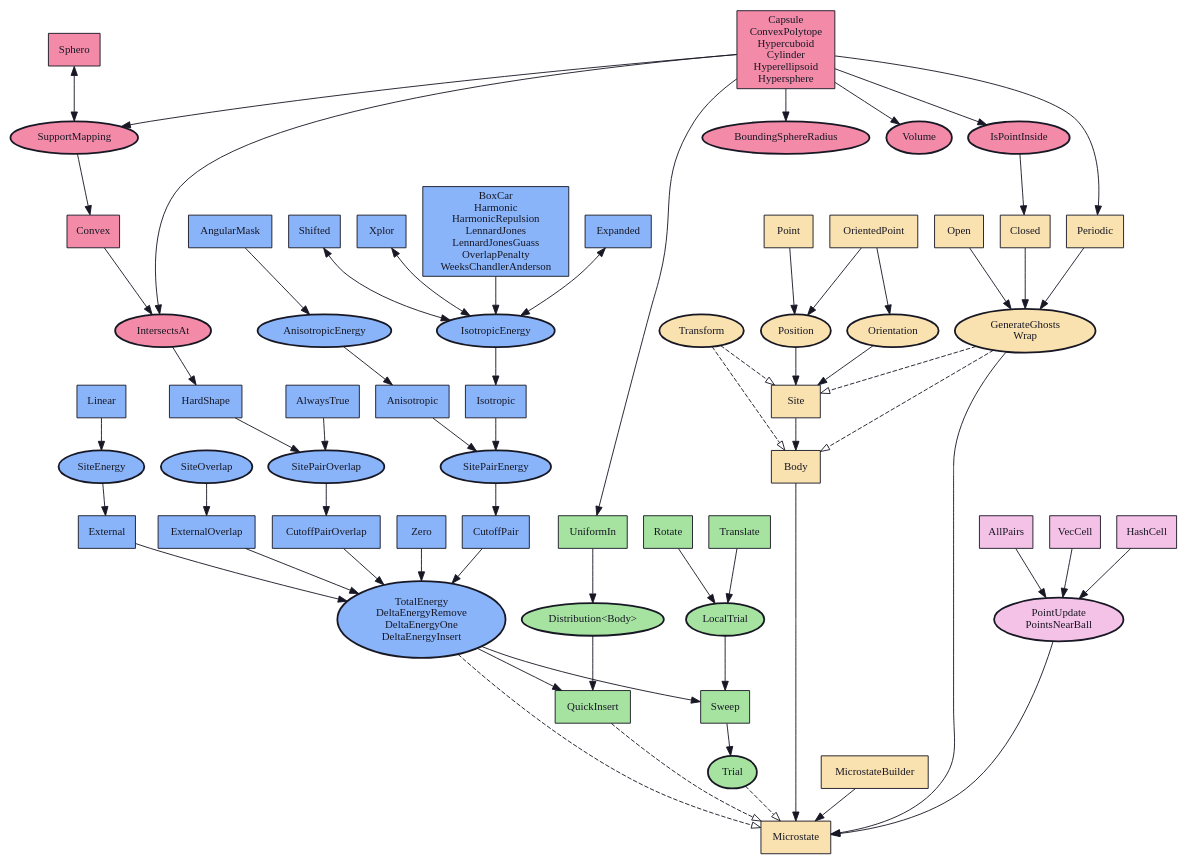
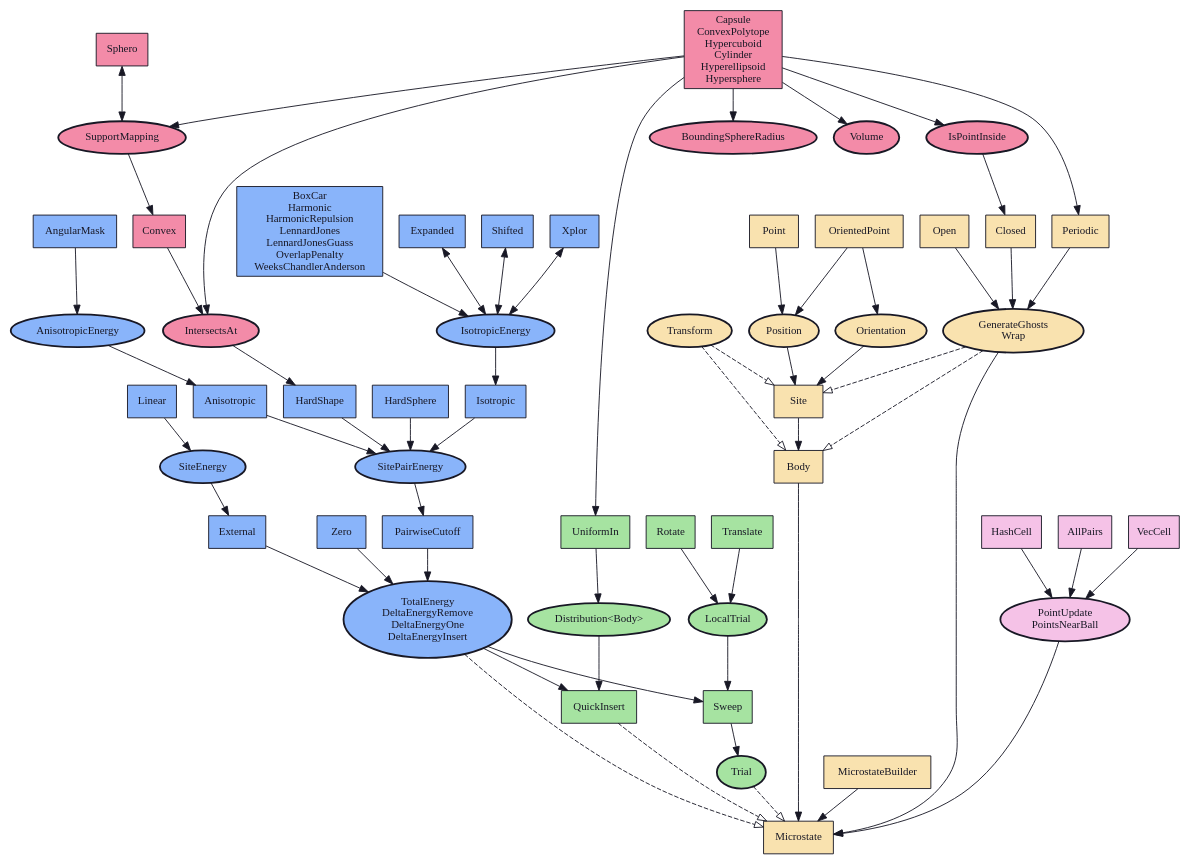
The diagram in doc/figures/structure.dot (glotzerlab/hoomd-rs), drawn with Graphviz before and after one commit. The commit also changed 18 other files, not shown here.

Commit message:
Fully working HardSphere and finish converting to PairwiseCutoff

```diff
--- a/doc/figures/structure.dot
+++ b/doc/figures/structure.dot
@@ -21,9 +21,7 @@
 
         // Traits
         node [ shape=ellipse, fillcolor="#89b4fa", style="bold,filled,rounded"]
-        SitePairOverlap
         SitePairEnergy
-        SiteOverlap
         SiteEnergy
         // pairwise
         AnisotropicEnergy
@@ -35,16 +33,14 @@
         node [ shape=rectangle, fillcolor="#89b4fa", style="filled"]
 
         isotropic_potentials [ label = "BoxCar\nHarmonic\nHarmonicRepulsion\nLennardJones\nLennardJonesGuass\nOverlapPenalty\nWeeksChandlerAnderson" ]
-        SitePairEnergy -> CutoffPair
-        SitePairOverlap -> CutoffPairOverlap
-        SiteOverlap -> ExternalOverlap
+        SitePairEnergy -> PairwiseCutoff
         SiteEnergy -> External
         Linear -> SiteEnergy
-        AlwaysTrue -> SitePairOverlap
         AngularMask -> AnisotropicEnergy
         AnisotropicEnergy -> Anisotropic
         Expanded -> IsotropicEnergy [ dir=both ]
-        HardShape -> SitePairOverlap
+        HardShape -> SitePairEnergy
+        HardSphere -> SitePairEnergy
         isotropic_potentials -> IsotropicEnergy
         IsotropicEnergy -> Isotropic
         Isotropic -> SitePairEnergy
@@ -53,9 +49,7 @@
         Anisotropic -> SitePairEnergy
 
         External -> Hamiltonian
-        ExternalOverlap -> Hamiltonian
-        CutoffPair -> Hamiltonian
-        CutoffPairOverlap -> Hamiltonian
+        PairwiseCutoff -> Hamiltonian
         Zero -> Hamiltonian
 
         // URLs to the documentation
@@ -69,16 +63,12 @@
         Isotropic [ URL="../api/hoomd_interaction/pairwise/struct.Isotropic.html" ]
         IsotropicEnergy [ URL="../api/hoomd_interaction/pairwise/struct.IsotropicEnergy.html" ]
         SitePairEnergy [ URL="../api/hoomd_interaction/trait.SitePairEnergy.html" ]
-        CutoffPair [ URL="../api/hoomd_interaction/struct.CutoffPair.html" ]
+        PairwiseCutoff [ URL="../api/hoomd_interaction/struct.PairwiseCutoff.html" ]
         Linear [ URL="../api/hoomd_interaction/external/struct.Linear.html" ]
         SiteEnergy [ URL="../api/hoomd_interaction/trait.SiteEnergy.html" ]
         External [ URL="../api/hoomd_interaction/struct.External.html" ]
         HardShape [ URL="../api/hoomd_interaction/pairwise/struct.HardShape.html" ]
-        SitePairOverlap [ URL="../api/hoomd_interaction/trait.SitePairOverlap.html" ]
-        CutoffPairOverlap [ URL="../api/hoomd_interaction/struct.CutoffPairOverlap.html" ]
-        AlwaysTrue [ URL="../api/hoomd_interaction/pairwise/struct.AlwaysTrue.html" ]
-        SiteOverlap [ URL="../api/hoomd_interaction/trait.SiteOverlap.html" ]
-        ExternalOverlap [ URL="../api/hoomd_interaction/struct.ExternalOverlap.html" ]
+        HardSphere [ URL="../api/hoomd_interaction/pairwise/struct.HardSphere.html" ]
         Zero [ URL="../api/hoomd_interaction/struct.Zero.html" ]
         Hamiltonian [ URL="../api/hoomd_interaction/index.html" ]
     }
```
